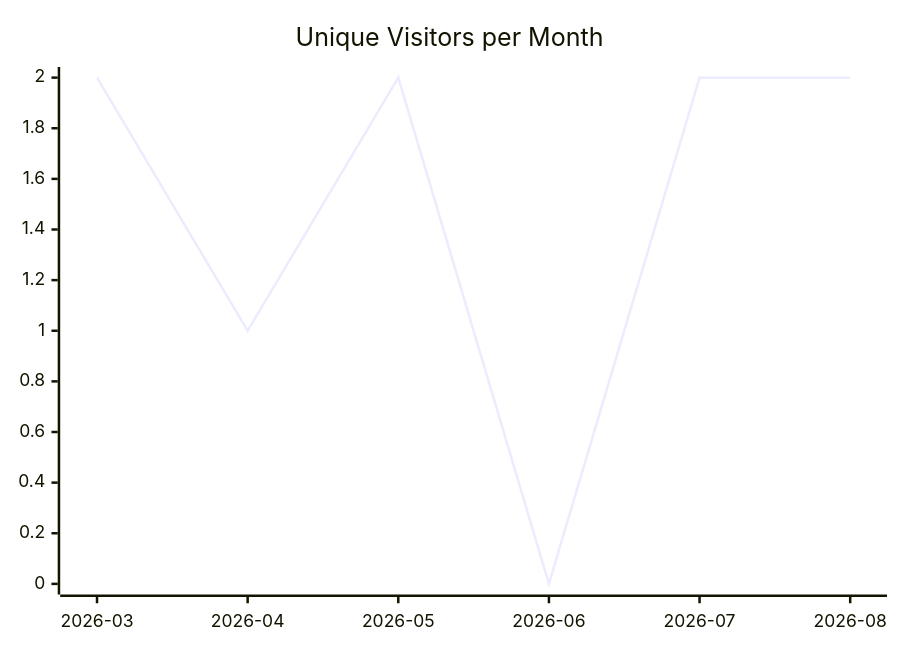
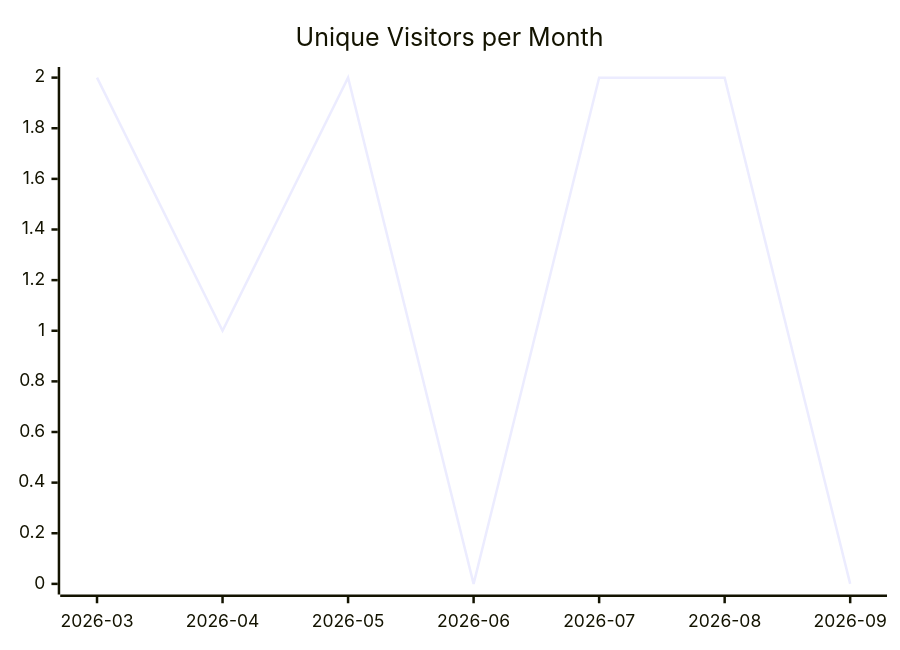
One commit to justdavis-family/github-analytics-data changed the first of 3 diagrams in karlmdavis/kxml2/README.md. Above: the diagram before and after it, drawn with Mermaid. The commit also changed other lines of this file and 191 other files, not shown here.

````diff
--- a/karlmdavis/kxml2/README.md
+++ b/karlmdavis/kxml2/README.md
@@ -5,6 +5,6 @@
 ```mermaid
 xychart-beta
   title "Unique Visitors per Month"
-  x-axis ["2026-03", "2026-04", "2026-05", "2026-06", "2026-07", "2026-08"]
-  line [2, 1, 2, 0, 2, 2]
+  x-axis ["2026-03", "2026-04", "2026-05", "2026-06", "2026-07", "2026-08", "2026-09"]
+  line [2, 1, 2, 0, 2, 2, 0]
 ```
````
